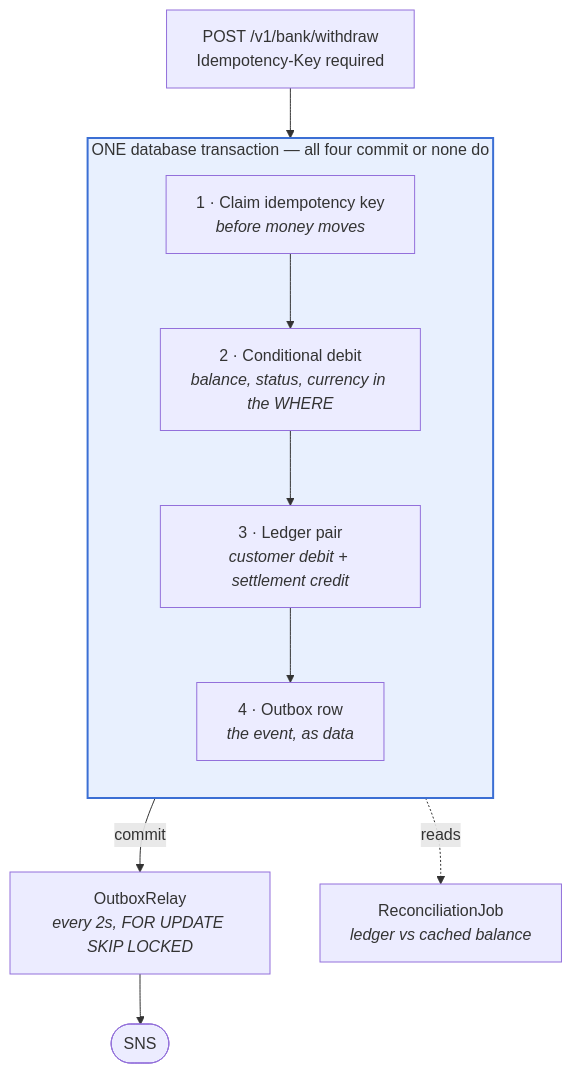
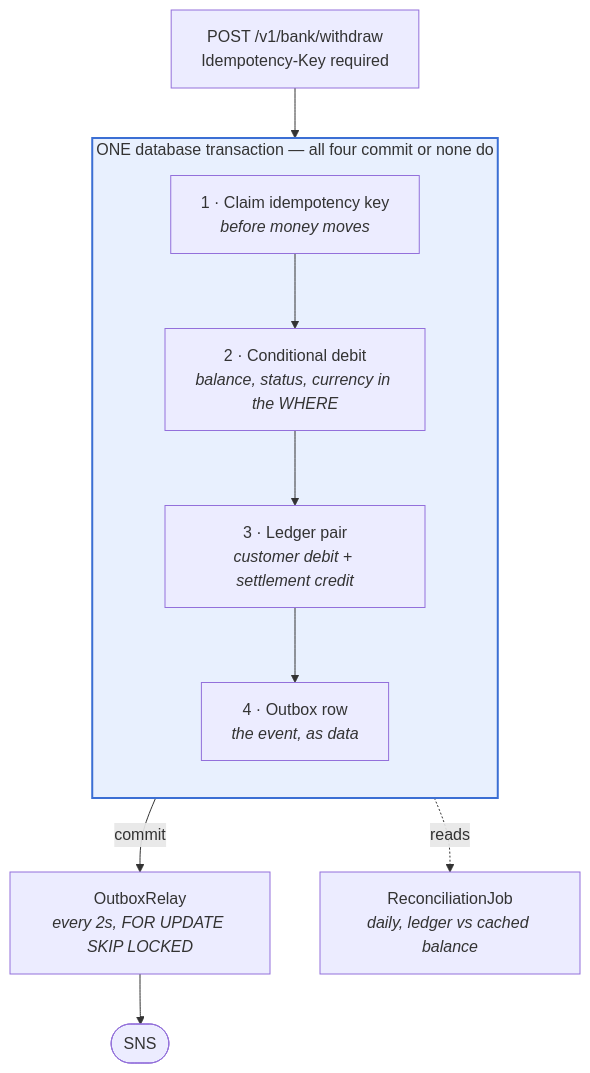
One commit to cnair-dev/sanlam-withdrawal-service changed the diagram in APPROACH.md. Above: the diagram before and after it, drawn with Mermaid. The commit also changed other lines of this file and 16 other files, not shown here.

````diff
--- a/APPROACH.md
+++ b/APPROACH.md
@@ -82,24 +82,24 @@
 ```mermaid
 flowchart TB
     C["POST /v1/bank/withdraw<br/>Idempotency-Key required"]
 
     subgraph TX["ONE database transaction — all four commit or none do"]
         direction TB
         K["1 · Claim idempotency key<br/><i>before money moves</i>"]
         D["2 · Conditional debit<br/><i>balance, status, currency in the WHERE</i>"]
         L["3 · Ledger pair<br/><i>customer debit + settlement credit</i>"]
         O["4 · Outbox row<br/><i>the event, as data</i>"]
         K --> D --> L --> O
     end
 
     R["OutboxRelay<br/><i>every 2s, FOR UPDATE SKIP LOCKED</i>"]
     S(["SNS"])
-    J["ReconciliationJob<br/><i>ledger vs cached balance</i>"]
+    J["ReconciliationJob<br/><i>daily, ledger vs cached balance</i>"]
 
     C --> TX
     TX -->|commit| R --> S
     TX -.->|reads| J
 
     classDef tx fill:#e8f0fe,stroke:#3b6fd4,stroke-width:2px
     class TX tx
 ```
````
